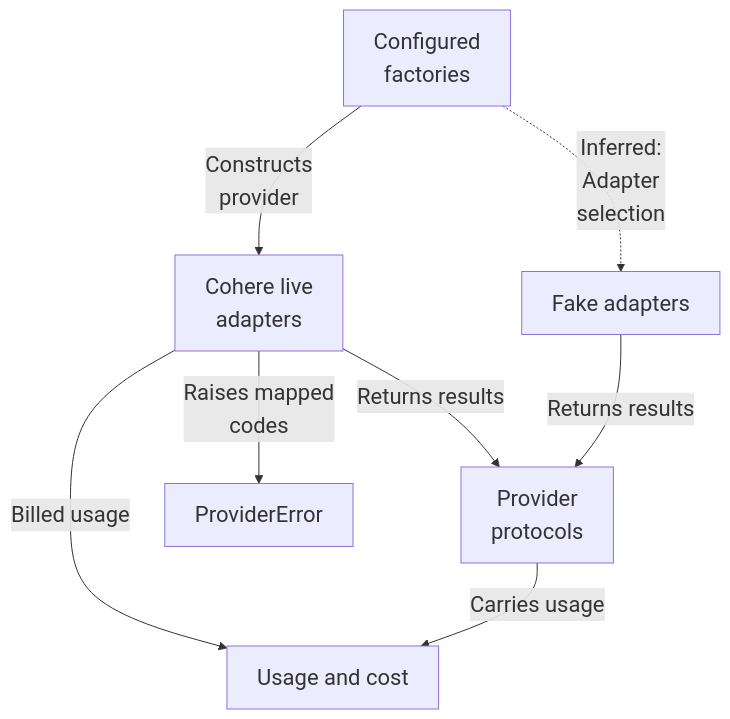
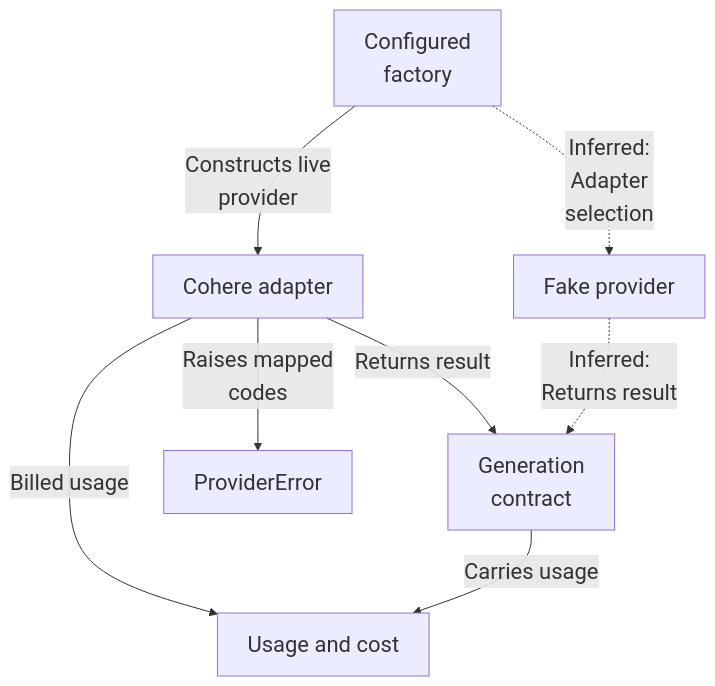
One commit to Justin-Mendoza/Afterclass changed the diagram in maps/answers/diagram-01.mmd. Above: the diagram before and after it, drawn with Mermaid. The commit also changed 88 other files, not shown here.

```diff
--- a/maps/answers/diagram-01.mmd
+++ b/maps/answers/diagram-01.mmd
@@ -1,15 +1,15 @@
 %%{init: {"themeVariables": {"fontSize": "22px"}}}%%
 flowchart TD
-  n0["Configured<br/>factories"]
-  n1["Cohere live<br/>adapters"]
-  n2["Fake adapters"]
-  n3["Provider<br/>protocols"]
+  n0["Configured<br/>factory"]
+  n1["Cohere adapter"]
+  n2["Fake provider"]
+  n3["Generation<br/>contract"]
   n4["ProviderError"]
   n5["Usage and cost"]
-  n0 -->|"Constructs<br/>provider"| n1
-  n1 -->|"Returns results"| n3
-  n2 -->|"Returns results"| n3
+  n0 -->|"Constructs live<br/>provider"| n1
+  n1 -->|"Returns result"| n3
+  n2 -.->|"Inferred:<br/>Returns result"| n3
   n1 -->|"Raises mapped<br/>codes"| n4
   n1 -->|"Billed usage"| n5
   n3 -->|"Carries usage"| n5
   n0 -.->|"Inferred:<br/>Adapter<br/>selection"| n2
```
